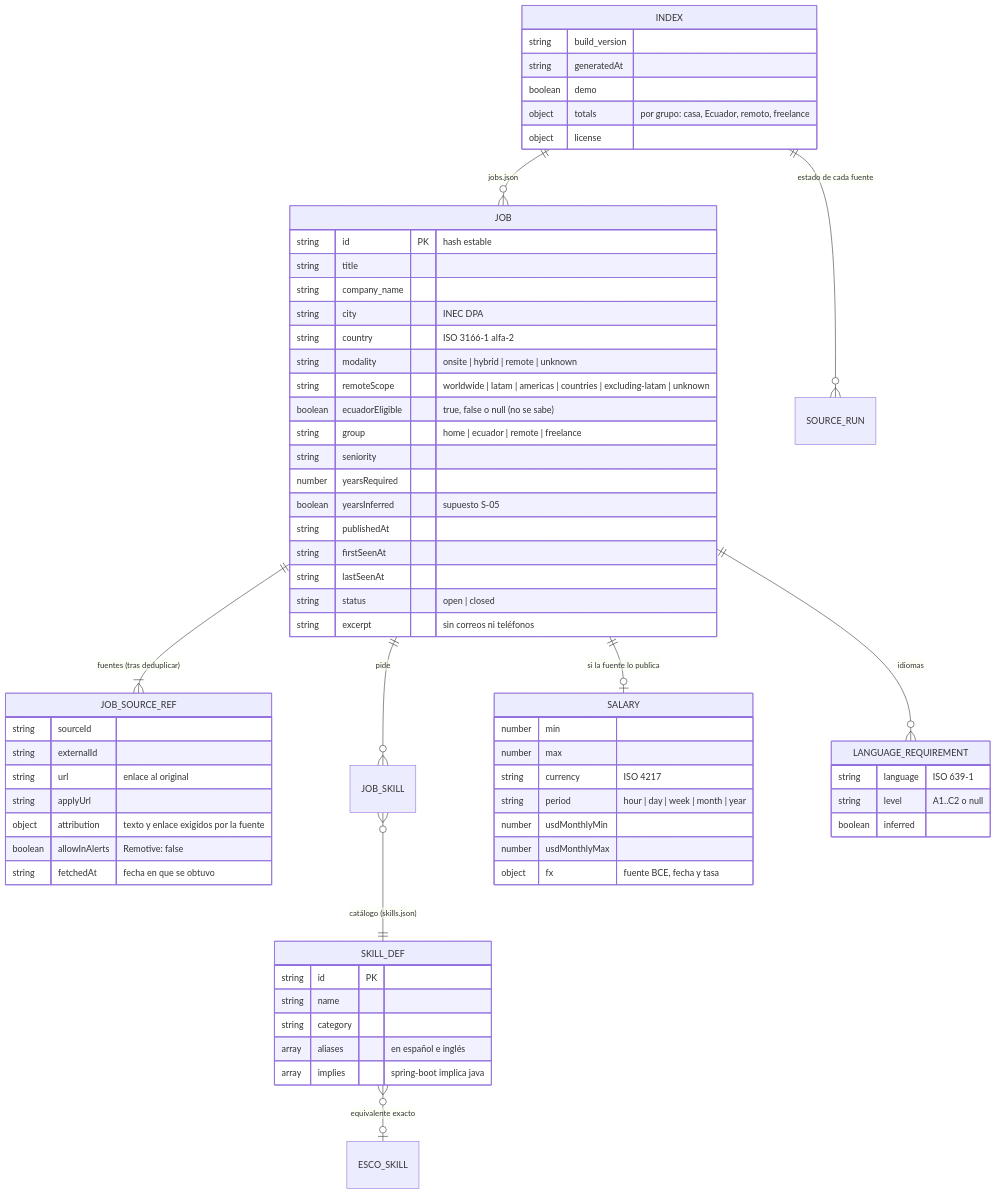
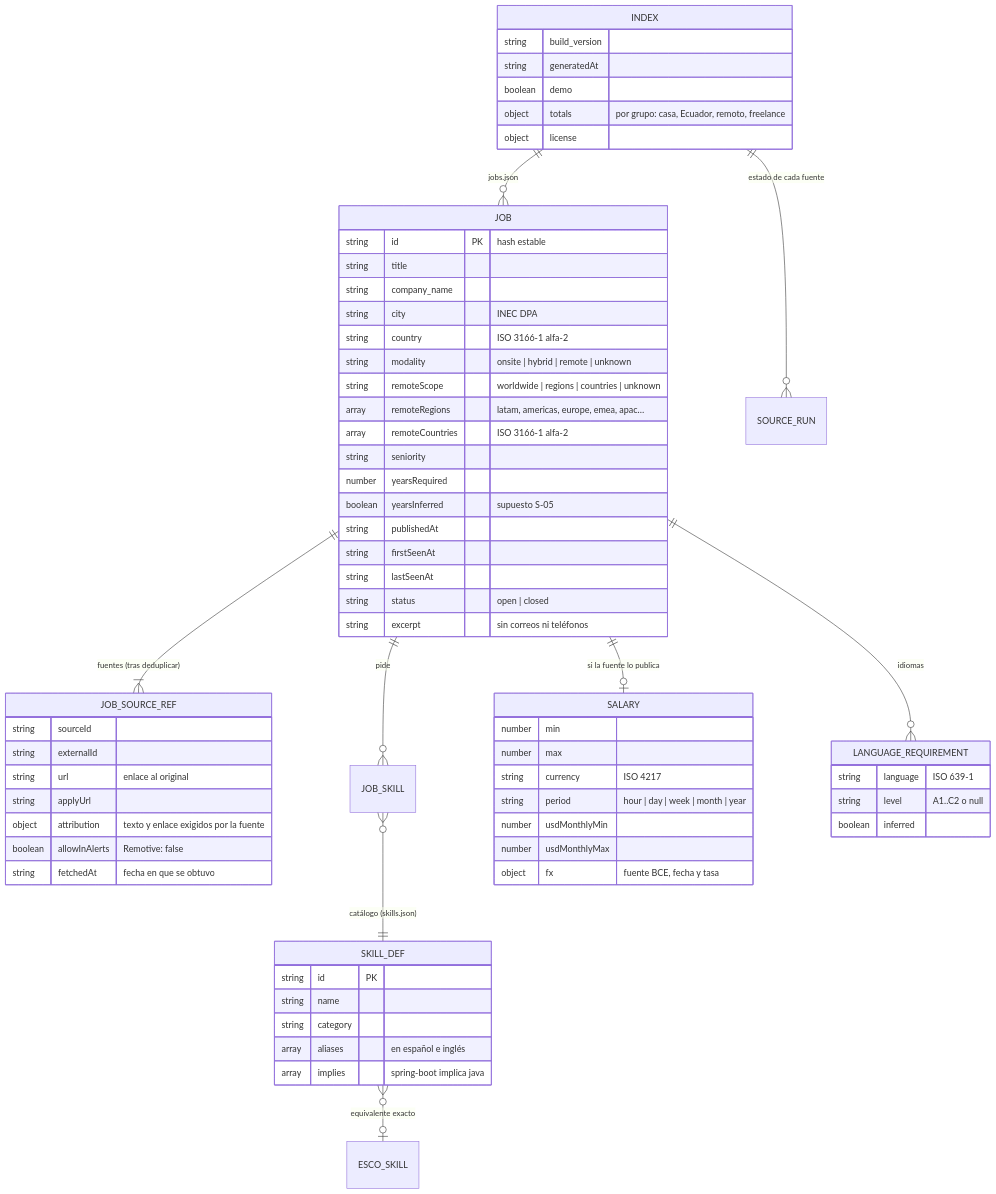
Before and after one commit to DiegoFranciscoG/norte: the second of 2 diagrams in docs/modelo-datos.md, drawn with Mermaid. The commit also changed other lines of this file and 2 other files, not shown here.

````diff
--- a/docs/modelo-datos.md
+++ b/docs/modelo-datos.md
@@ -151,68 +154,68 @@
 ```mermaid
 erDiagram
     INDEX ||--o{ JOB : "jobs.json"
     JOB ||--|{ JOB_SOURCE_REF : "fuentes (tras deduplicar)"
     JOB ||--o{ JOB_SKILL : "pide"
     JOB_SKILL }o--|| SKILL_DEF : "catálogo (skills.json)"
     SKILL_DEF }o--o| ESCO_SKILL : "equivalente exacto"
     JOB ||--o| SALARY : "si la fuente lo publica"
     JOB ||--o{ LANGUAGE_REQUIREMENT : "idiomas"
     INDEX ||--o{ SOURCE_RUN : "estado de cada fuente"
 
     INDEX {
         string build_version
         string generatedAt
         boolean demo
         object totals "por grupo: casa, Ecuador, remoto, freelance"
         object license
     }
     JOB {
         string id PK "hash estable"
         string title
         string company_name
         string city "INEC DPA"
         string country "ISO 3166-1 alfa-2"
         string modality "onsite | hybrid | remote | unknown"
-        string remoteScope "worldwide | latam | americas | countries | excluding-latam | unknown"
-        boolean ecuadorEligible "true, false o null (no se sabe)"
-        string group "home | ecuador | remote | freelance"
+        string remoteScope "worldwide | regions | countries | unknown"
+        array remoteRegions "latam, americas, europe, emea, apac…"
+        array remoteCountries "ISO 3166-1 alfa-2"
         string seniority
         number yearsRequired
         boolean yearsInferred "supuesto S-05"
         string publishedAt
         string firstSeenAt
         string lastSeenAt
         string status "open | closed"
         string excerpt "sin correos ni teléfonos"
     }
     JOB_SOURCE_REF {
         string sourceId
         string externalId
         string url "enlace al original"
         string applyUrl
         object attribution "texto y enlace exigidos por la fuente"
         boolean allowInAlerts "Remotive: false"
         string fetchedAt "fecha en que se obtuvo"
     }
     SALARY {
         number min
         number max
         string currency "ISO 4217"
         string period "hour | day | week | month | year"
         number usdMonthlyMin
         number usdMonthlyMax
         object fx "fuente BCE, fecha y tasa"
     }
     LANGUAGE_REQUIREMENT {
         string language "ISO 639-1"
         string level "A1..C2 o null"
         boolean inferred
     }
     SKILL_DEF {
         string id PK
         string name
         string category
         array aliases "en español e inglés"
         array implies "spring-boot implica java"
     }
 ```
````
